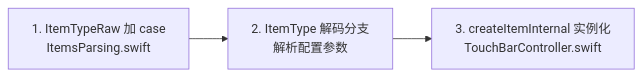
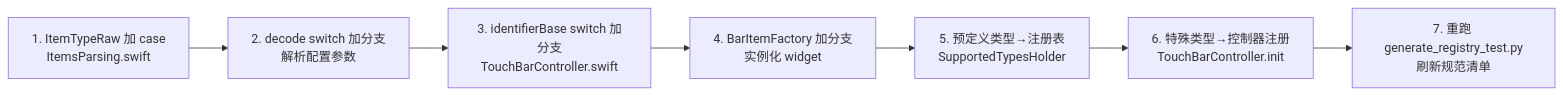
The second of 3 diagrams in LyricsMTMR/docs/developer-guide/internal-apis.zh.md (Tangzishun-Li/LyricsMTMR), drawn with Mermaid before and after one commit. The commit also changed other lines of this file and 7 other files, not shown here.

Commit message:
docs(round26): 子任务B — 注册表对账机制流程文档化（internal-apis zh/en §2.3 三步→六处注册点+重跑脚本流程 + ITEMS_REFERENCE 指引段 + generate_registry_test.py ROOT 自定位/REQUIRED_FIELDS 说明 + TECHNICAL_DEBT 前置条件状态更新 + 交付核对报告）

````diff
--- a/LyricsMTMR/docs/developer-guide/internal-apis.zh.md
+++ b/LyricsMTMR/docs/developer-guide/internal-apis.zh.md
@@ -65,5 +67,9 @@
 ```mermaid
 flowchart LR
-  A[1. ItemTypeRaw 加 case<br/>ItemsParsing.swift] --> B[2. ItemType 解码分支<br/>解析配置参数]
-  B --> C[3. createItemInternal 实例化<br/>TouchBarController.swift]
+  A[1. ItemTypeRaw 加 case<br/>ItemsParsing.swift] --> B[2. decode switch 加分支<br/>解析配置参数]
+  B --> C[3. identifierBase switch 加分支<br/>TouchBarController.swift]
+  C --> D[4. BarItemFactory 加分支<br/>实例化 widget]
+  D --> E[5. 预定义类型→注册表<br/>SupportedTypesHolder]
+  E --> F[6. 特殊类型→控制器注册<br/>TouchBarController.init]
+  F --> G[7. 重跑 generate_registry_test.py<br/>刷新规范清单]
 ```
````
